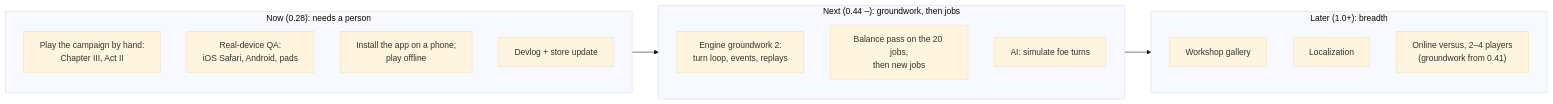
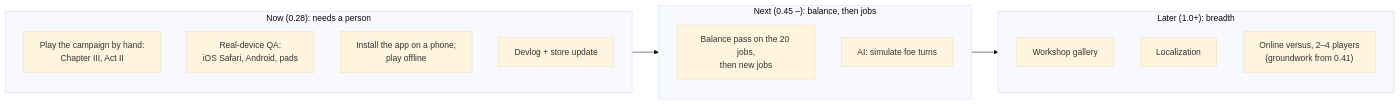
Before and after one commit to CptNope/Chess-RPG-Tactics: the second of 4 diagrams in docs/ROADMAP.md, drawn with Mermaid (base theme). The commit also changed other lines of this file and 14 other files, not shown here.

First line of the commit message:
0.44.0: battle-engine groundwork, part 2 (the turn loop)

````diff
--- a/docs/ROADMAP.md
+++ b/docs/ROADMAP.md
@@ -119,23 +121,22 @@
 ```mermaid
 flowchart LR
     subgraph NOW["Now (0.28): needs a person"]
         direction TB
         N1["Play the campaign by hand:<br/>Chapter III, Act II"]
         N2["Real-device QA:<br/>iOS Safari, Android, pads"]
         N3["Install the app on a phone;<br/>play offline"]
         N4["Devlog + store update"]
     end
-    subgraph NEXT["Next (0.44 –): groundwork, then jobs"]
+    subgraph NEXT["Next (0.45 –): balance, then jobs"]
         direction TB
-        X4["Engine groundwork 2:<br/>turn loop, events, replays"]
         X5["Balance pass on the 20 jobs,<br/>then new jobs"]
         X1["AI: simulate foe turns"]
     end
     subgraph LATER["Later (1.0+): breadth"]
         direction TB
         L4["Workshop gallery"]
         L6["Localization"]
         L7["Online versus, 2–4 players<br/>(groundwork from 0.41)"]
     end
     NOW --> NEXT --> LATER
 ```
````
